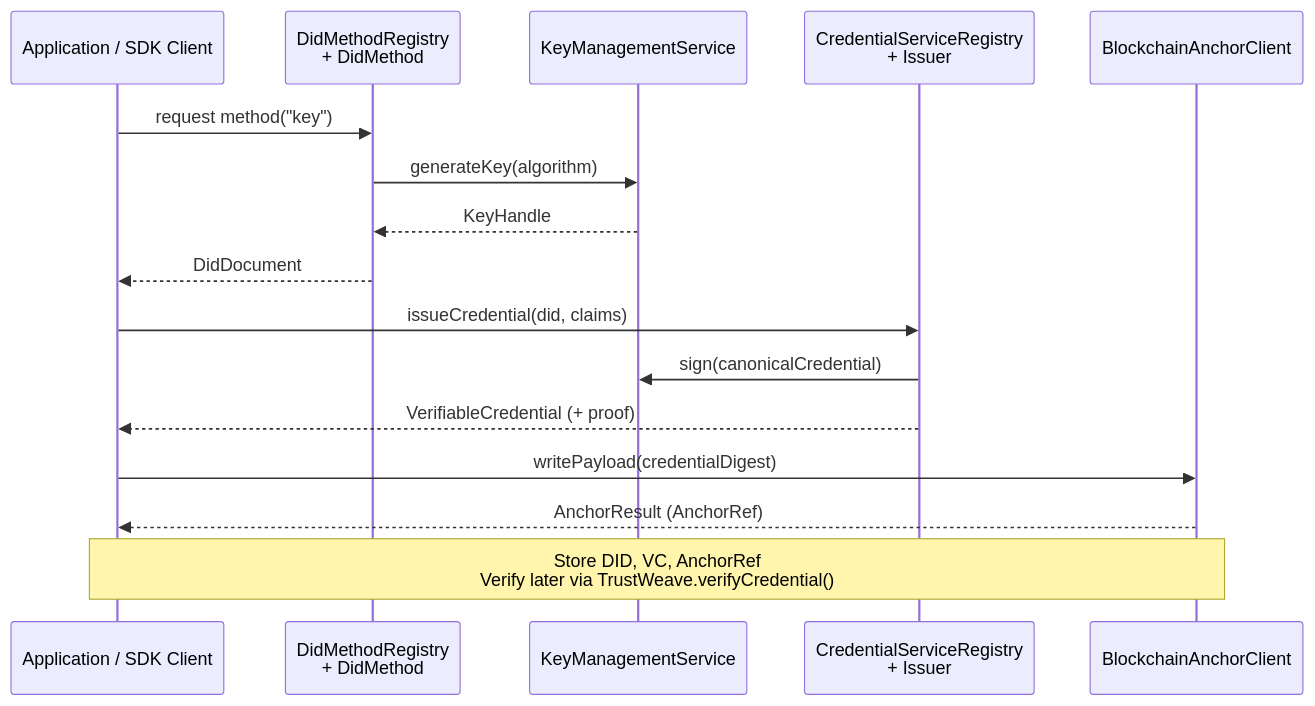
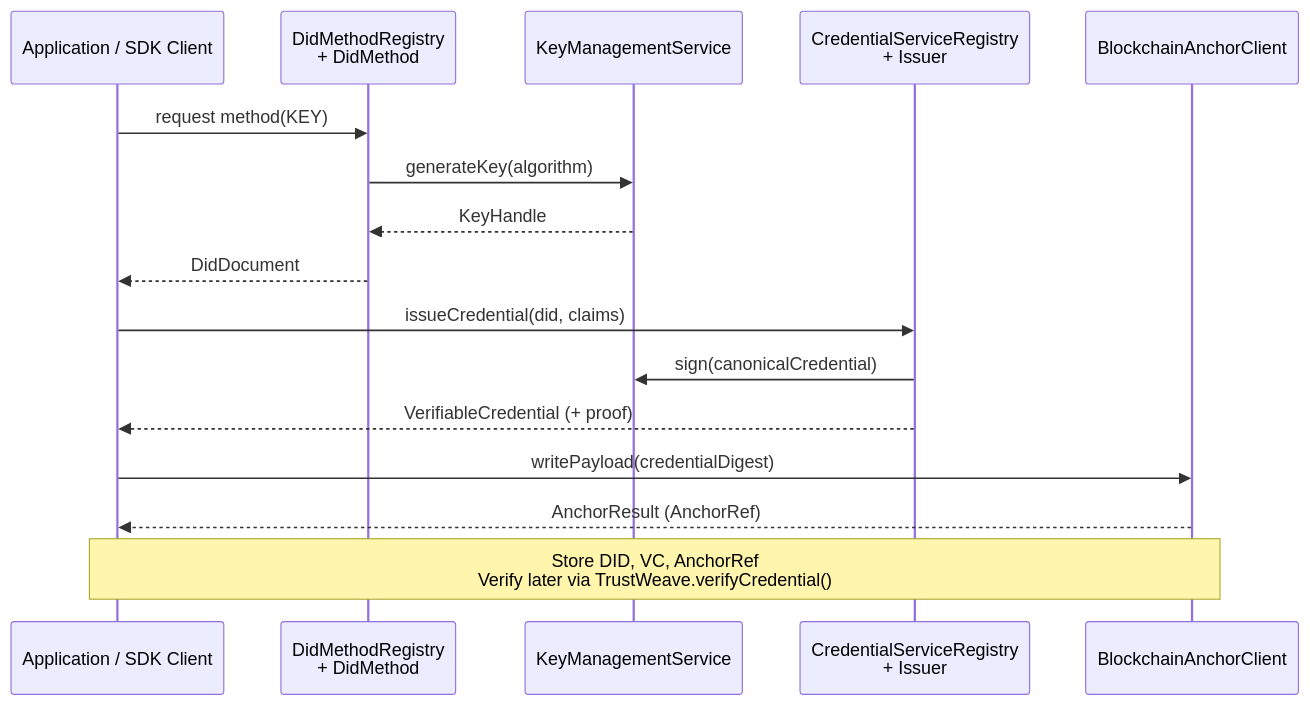
Before and after one commit to geoknoesis/trustweave: the diagram in docs/introduction/architecture-overview.md, drawn with Mermaid. The commit also changed other lines of this file and 100 other files, not shown here.

````diff
--- a/docs/introduction/architecture-overview.md
+++ b/docs/introduction/architecture-overview.md
@@ -160,19 +160,19 @@
 ```mermaid
 sequenceDiagram
     participant App as Application / SDK Client
     participant DID as DidMethodRegistry<br/>+ DidMethod
     participant KMS as KeyManagementService
     participant VC as CredentialServiceRegistry<br/>+ Issuer
     participant Anchor as BlockchainAnchorClient
 
-    App->>DID: request method("key")
+    App->>DID: request method(KEY)
     DID->>KMS: generateKey(algorithm)
     KMS-->>DID: KeyHandle
     DID-->>App: DidDocument
     App->>VC: issueCredential(did, claims)
     VC->>KMS: sign(canonicalCredential)
     VC-->>App: VerifiableCredential (+ proof)
     App->>Anchor: writePayload(credentialDigest)
     Anchor-->>App: AnchorResult (AnchorRef)
     note over App,Anchor: Store DID, VC, AnchorRef<br/>Verify later via TrustWeave.verifyCredential()
 ```
````
